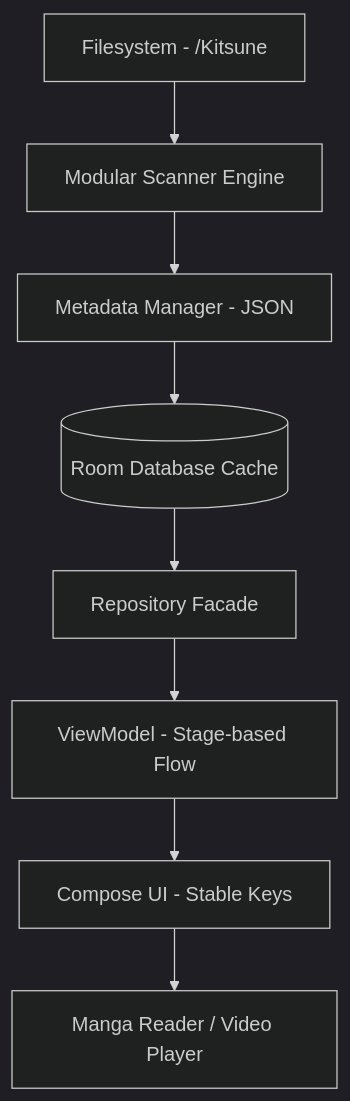
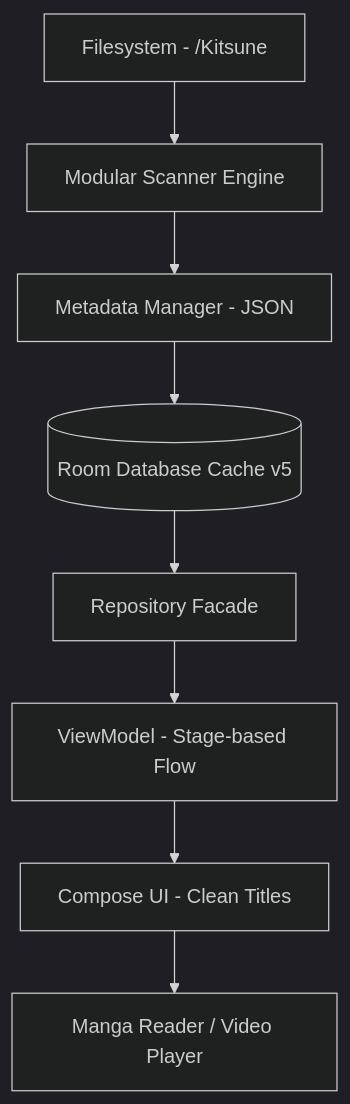
One commit to msuryaaw/kitsune changed the diagram in README.md. Above: the diagram before and after it, drawn with Mermaid (dark theme). The commit also changed other lines of this file, not shown here.

````diff
--- a/README.md
+++ b/README.md
@@ -116,10 +114,10 @@
 ```mermaid
 graph TD
     Filesystem[Filesystem - /Kitsune] --> Scanner[Modular Scanner Engine]
     Scanner --> Metadata[Metadata Manager - JSON]
-    Metadata --> Room[(Room Database Cache)]
+    Metadata --> Room[(Room Database Cache v5)]
     Room --> Repository[Repository Facade]
     Repository --> ViewModel[ViewModel - Stage-based Flow]
-    ViewModel --> UI[Compose UI - Stable Keys]
+    ViewModel --> UI[Compose UI - Clean Titles]
     UI --> Consumption[Manga Reader / Video Player]
 ```
````
